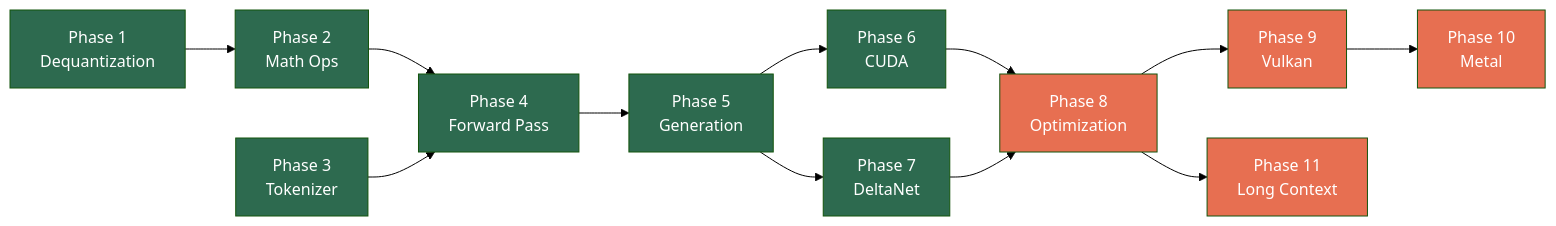
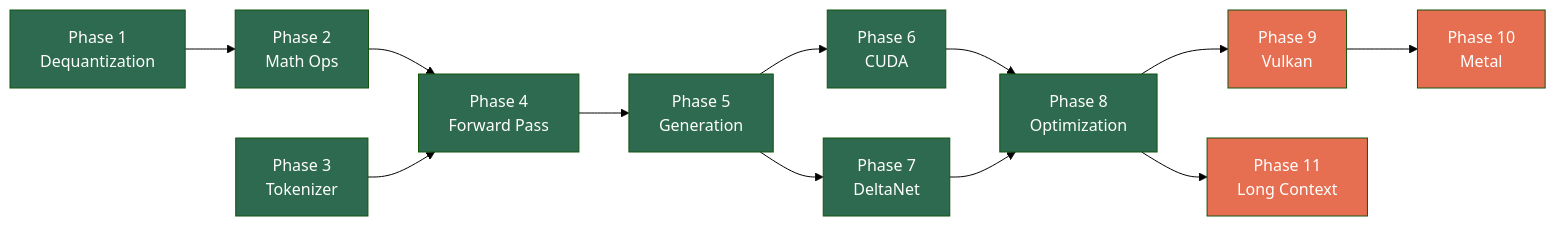
Before and after one commit to MjrTom/daisi-llogos: the diagram in README.md, drawn with Mermaid (forest theme). The commit also changed other lines of this file and 7 other files, not shown here.

````diff
--- a/README.md
+++ b/README.md
@@ -60,35 +67,35 @@
 ```mermaid
 flowchart LR
     P1["Phase 1\nDequantization"]
     P2["Phase 2\nMath Ops"]
     P3["Phase 3\nTokenizer"]
     P4["Phase 4\nForward Pass"]
     P5["Phase 5\nGeneration"]
     P6["Phase 6\nCUDA"]
     P7["Phase 7\nDeltaNet"]
     P8["Phase 8\nOptimization"]
     P9["Phase 9\nVulkan"]
     P10["Phase 10\nMetal"]
     P11["Phase 11\nLong Context"]
 
     P1 --> P2 --> P4
     P3 --> P4 --> P5
     P5 --> P6
     P5 --> P7
     P6 --> P8
     P7 --> P8
     P8 --> P11
     P8 --> P9 --> P10
 
     style P1 fill:#2d6a4f,color:#fff
     style P2 fill:#2d6a4f,color:#fff
     style P3 fill:#2d6a4f,color:#fff
     style P4 fill:#2d6a4f,color:#fff
     style P5 fill:#2d6a4f,color:#fff
     style P6 fill:#2d6a4f,color:#fff
     style P7 fill:#2d6a4f,color:#fff
-    style P8 fill:#e76f51,color:#fff
+    style P8 fill:#2d6a4f,color:#fff
     style P9 fill:#e76f51,color:#fff
     style P10 fill:#e76f51,color:#fff
     style P11 fill:#e76f51,color:#fff
 ```
````
